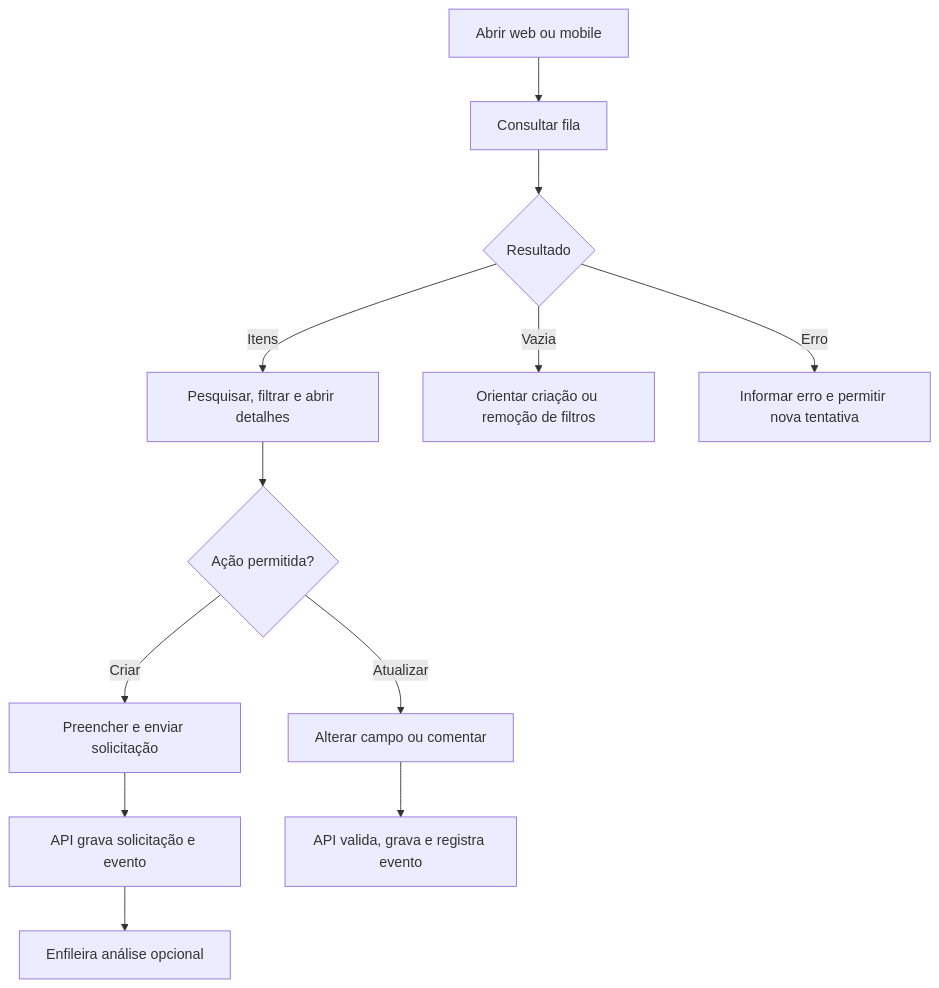
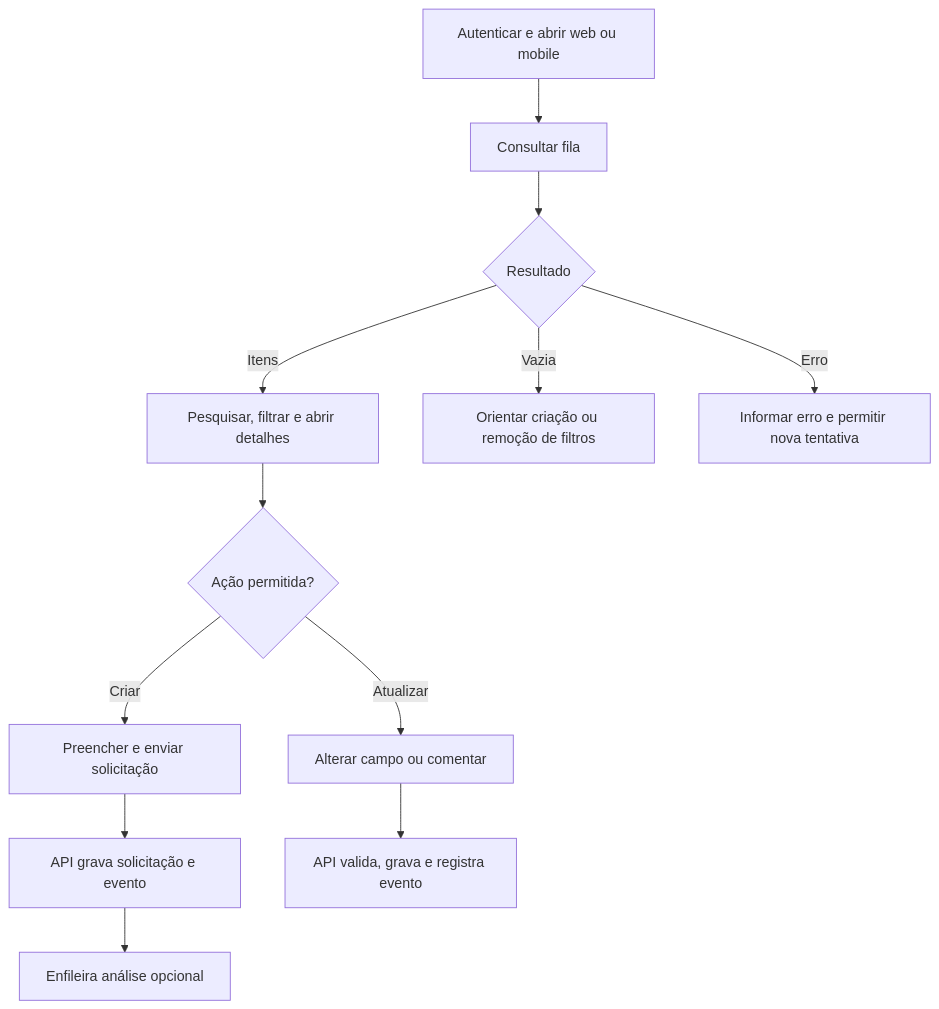
The diagram in 04-fluxos-de-usuario.md (CampiteliRafael/revez), drawn with Mermaid before and after one commit. The commit also changed other lines of this file and 34 other files, not shown here.

````diff
--- a/04-fluxos-de-usuario.md
+++ b/04-fluxos-de-usuario.md
@@ -7,14 +7,14 @@
 ```mermaid
 flowchart TD
-    A[Abrir web ou mobile] --> B[Consultar fila]
+    A[Autenticar e abrir web ou mobile] --> B[Consultar fila]
     B --> C{Resultado}
     C -->|Itens| D[Pesquisar, filtrar e abrir detalhes]
     C -->|Vazia| E[Orientar criação ou remoção de filtros]
     C -->|Erro| F[Informar erro e permitir nova tentativa]
     D --> G{Ação permitida?}
     G -->|Criar| H[Preencher e enviar solicitação]
     G -->|Atualizar| I[Alterar campo ou comentar]
     H --> J[API grava solicitação e evento]
     J --> K[Enfileira análise opcional]
     I --> L[API valida, grava e registra evento]
 ```
````
